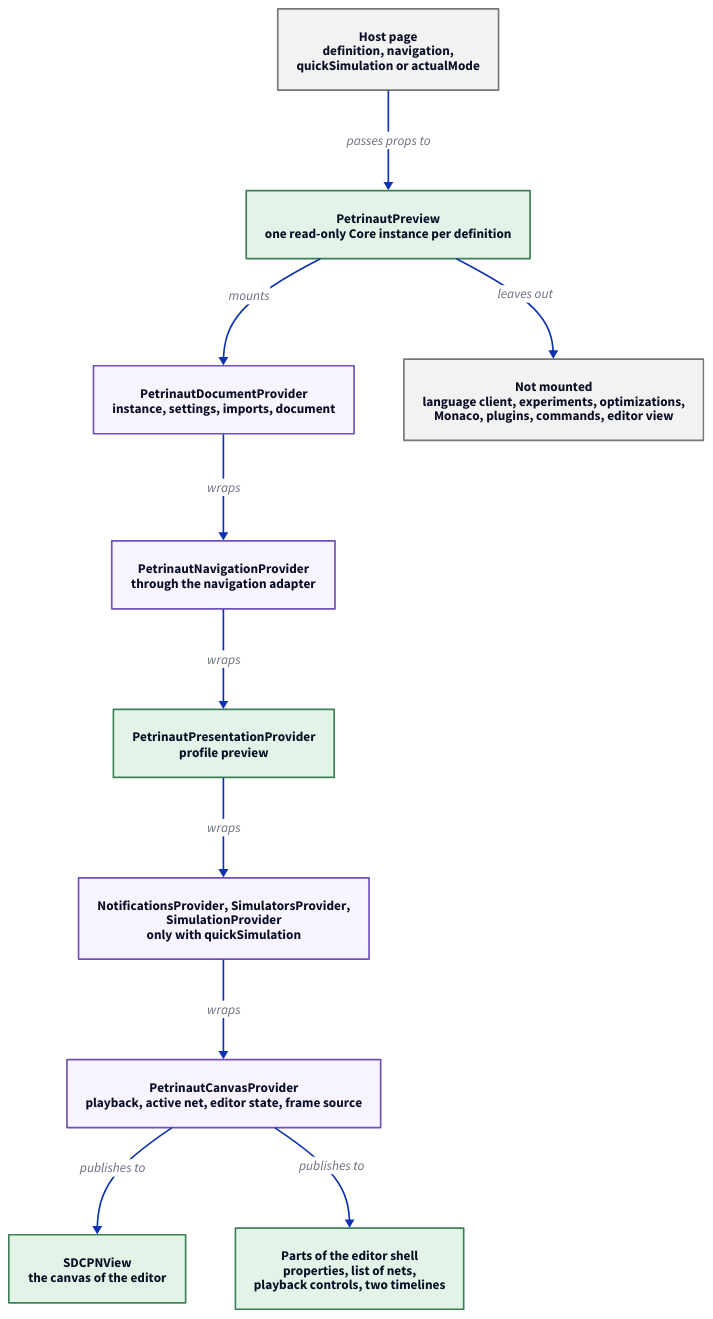
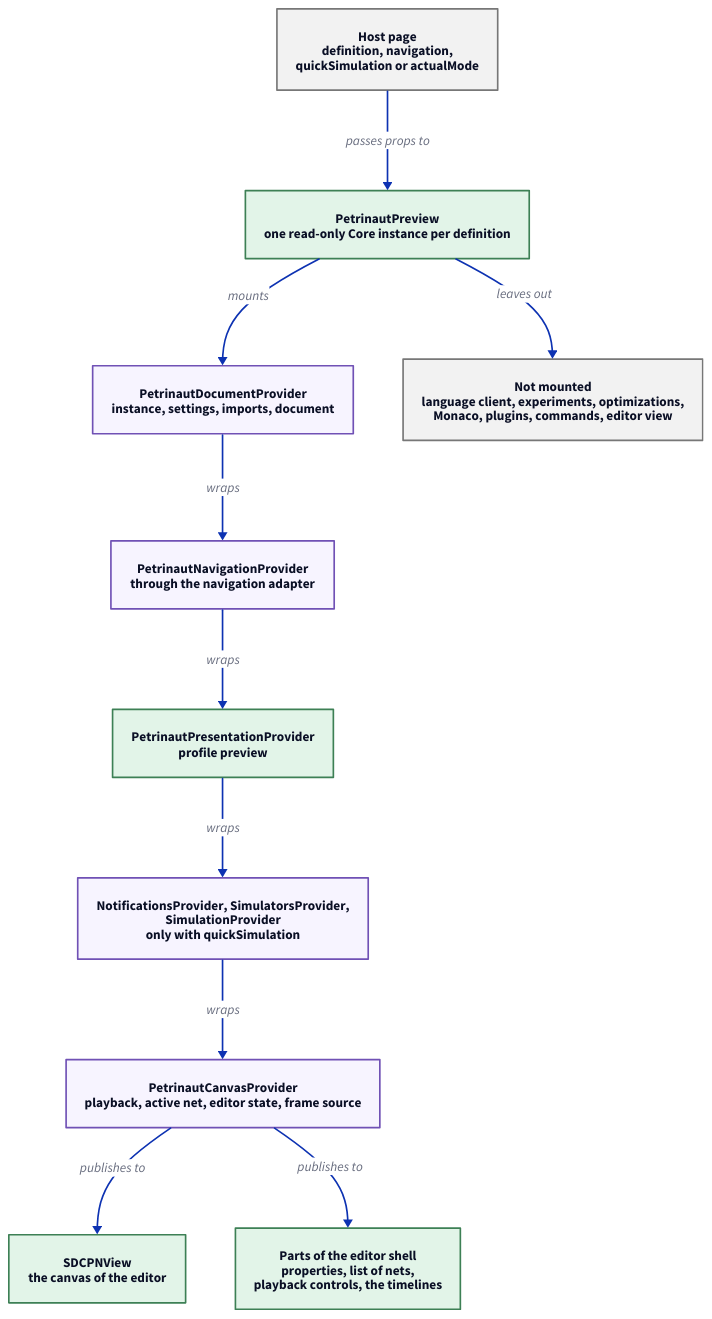
The diagram in libs/@hashintel/petrinaut/src/ui/preview/preview.d2 (hashintel/hash), drawn with D2 before and after one commit. The commit also changed 8 other files, not shown here.

First line of the commit message:
FE-2319: Take the counts out of the new pages and give the preview guide its data flow

```diff
--- a/libs/@hashintel/petrinaut/src/ui/preview/preview.d2
+++ b/libs/@hashintel/petrinaut/src/ui/preview/preview.d2
@@ -1,30 +1,30 @@
 # Hand-written; rendered by the arch-docs build. The UI uses the green
 # palette, the React layer the purple one, the host and what is left out grey.
 direction: down
 
 classes: {
   ui: {style.fill: "#e2f4e8"; style.stroke: "#3d8055"}
   react: {style.fill: "#f7f4ff"; style.stroke: "#7051b5"}
   other: {style.fill: "#f2f2f2"; style.stroke: "#777777"}
 }
 
 host: "Host page\ndefinition, navigation,\nquickSimulation or actualMode" {class: other}
 preview: "PetrinautPreview\none read-only Core instance per definition" {class: ui}
 document: "PetrinautDocumentProvider\ninstance, settings, imports, document" {class: react}
 navigation: "PetrinautNavigationProvider\nthrough the navigation adapter" {class: react}
 presentation: "PetrinautPresentationProvider\nprofile preview" {class: ui}
 run: "NotificationsProvider, SimulatorsProvider,\nSimulationProvider\nonly with quickSimulation" {class: react}
 canvas-providers: "PetrinautCanvasProvider\nplayback, active net, editor state, frame source" {class: react}
 canvas: "SDCPNView\nthe canvas of the editor" {class: ui}
-parts: "Parts of the editor shell\nproperties, list of nets,\nplayback controls, two timelines" {class: ui}
+parts: "Parts of the editor shell\nproperties, list of nets,\nplayback controls, the timelines" {class: ui}
 absent: "Not mounted\nlanguage client, experiments, optimizations,\nMonaco, plugins, commands, editor view" {class: other}
 
 host -> preview: "passes props to"
 preview -> document: mounts
 document -> navigation: wraps
 navigation -> presentation: wraps
 presentation -> run: wraps
 run -> canvas-providers: wraps
 canvas-providers -> canvas: "publishes to"
 canvas-providers -> parts: "publishes to"
 preview -> absent: "leaves out"
```
